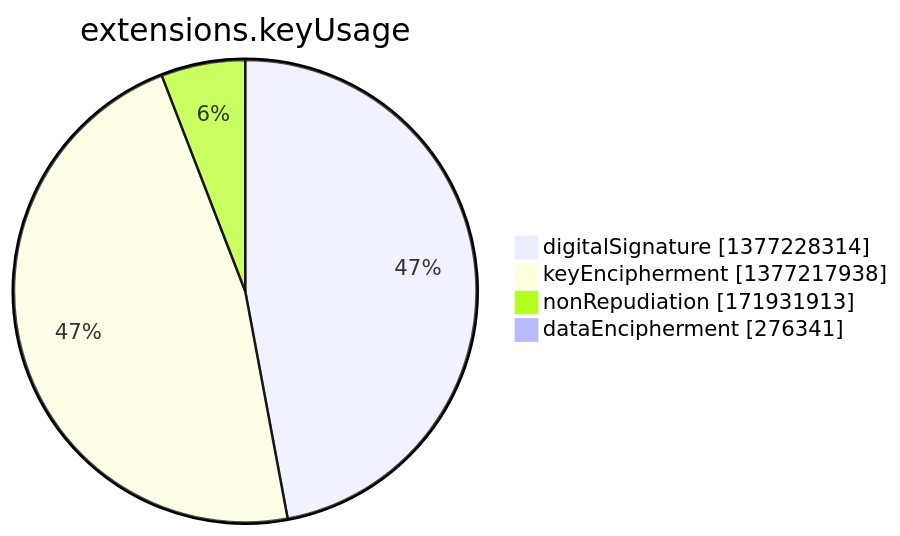
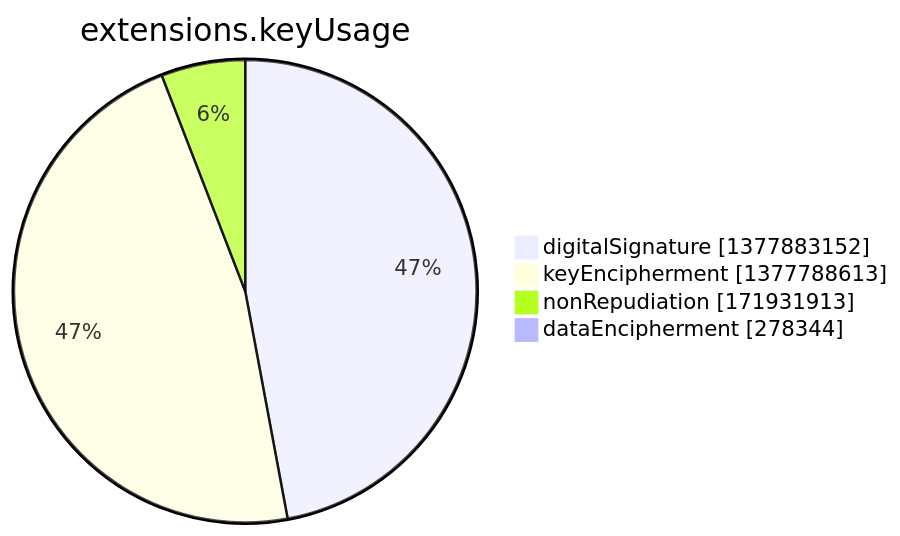
The seventh of 15 diagrams in argon2022/README.md (christiankrug/ctmonitor_visualization), drawn with Mermaid before and after one commit. The commit also changed other lines of this file, not shown here.

````diff
--- a/argon2022/README.md
+++ b/argon2022/README.md
@@ -2751,8 +2751,8 @@
 ```mermaid
 pie showData
 title extensions.keyUsage
-"digitalSignature" :1377228314
-"keyEncipherment" :1377217938
+"digitalSignature" :1377883152
+"keyEncipherment" :1377788613
 "nonRepudiation" :171931913
-"dataEncipherment" :276341
+"dataEncipherment" :278344
 ```
````
